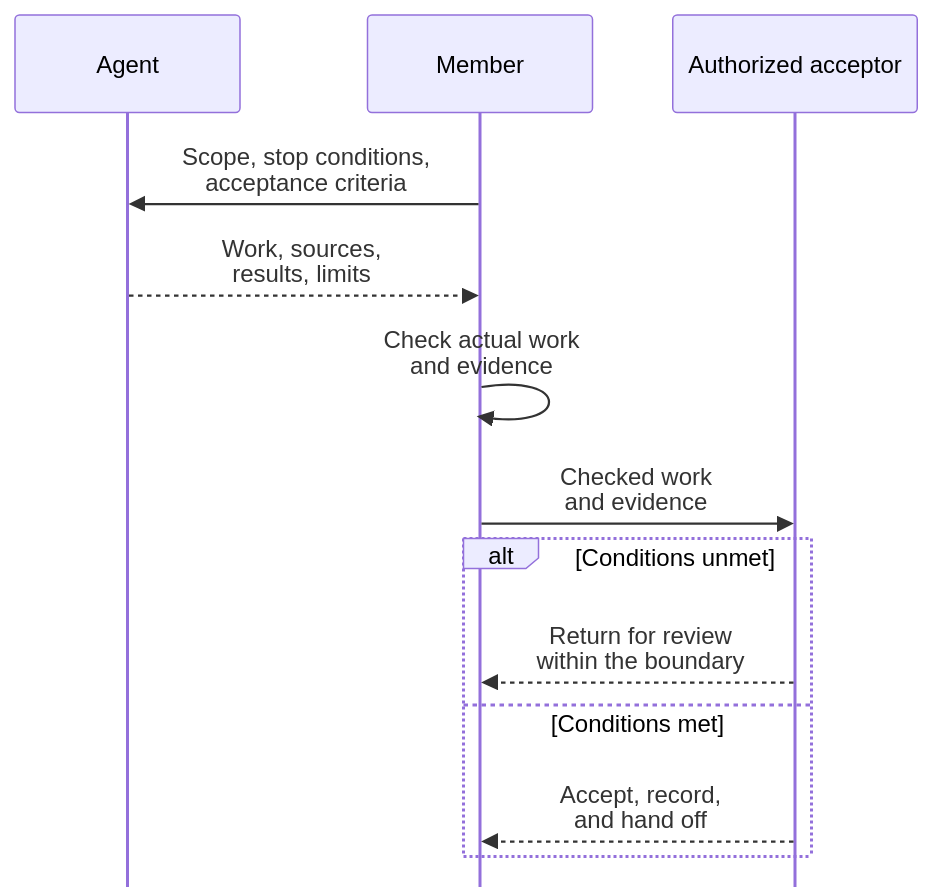
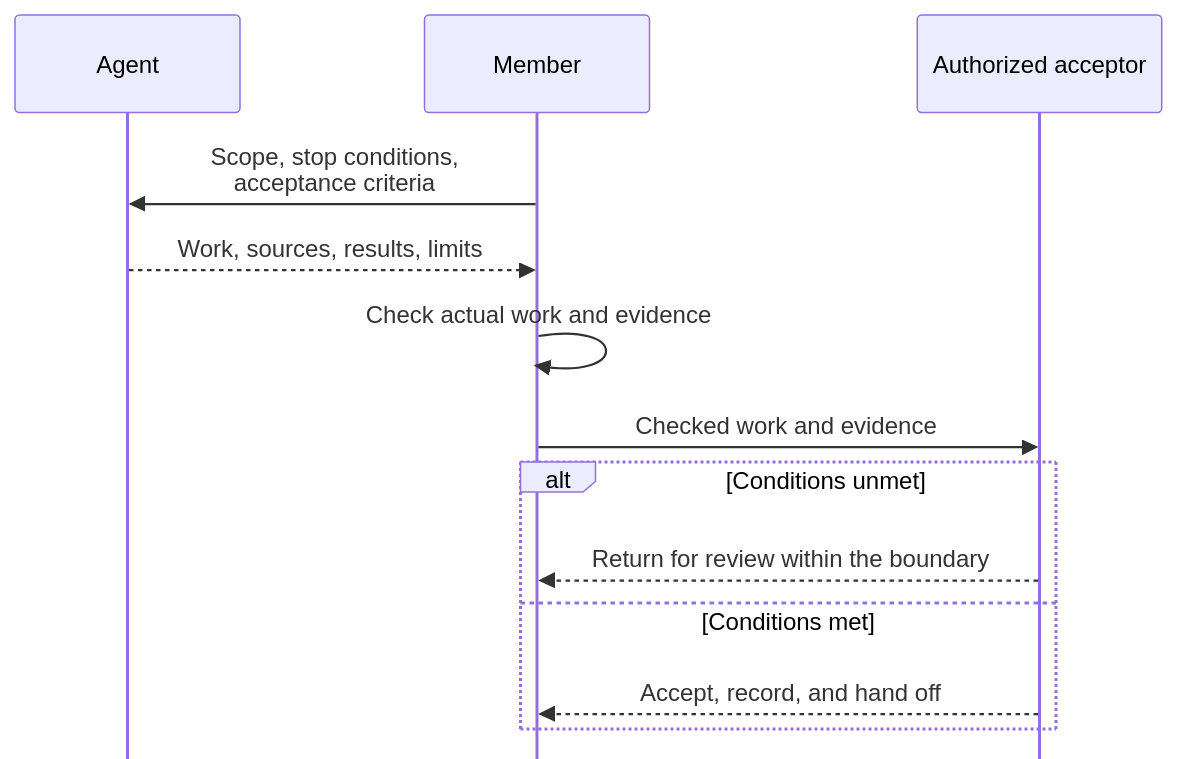
Before and after one commit to HengYangDS/data-department-work-guidelines: the diagram in docs/human-agent.md, drawn with Mermaid. The commit also changed 47 other files, not shown here.

````diff
--- a/docs/human-agent.md
+++ b/docs/human-agent.md
@@ -83,22 +83,22 @@
 ```mermaid
 ---
 config:
   sequence:
     mirrorActors: false
 ---
 sequenceDiagram
     accTitle: Delegation, evidence, and authorized acceptance
     accDescr: A member sets the delegation boundary. An Agent returns work and evidence. The member checks the actual work and evidence before submitting them to an authorized acceptor. If conditions are unmet, the work returns for review within the delegation boundary. If conditions are met, the acceptor accepts the work, records acceptance, and hands off the result. Participants represent roles, not necessarily different people. People retain authority and responsibility; acceptance never expands permission.
     participant Agent
     participant Member
     participant Acceptor as Authorized acceptor
     Member->>Agent: Scope, stop conditions,<br/>acceptance criteria
-    Agent-->>Member: Work, sources,<br/>results, limits
-    Member->>Member: Check actual work<br/>and evidence
-    Member->>Acceptor: Checked work<br/>and evidence
+    Agent-->>Member: Work, sources, results, limits
+    Member->>Member: Check actual work and evidence
+    Member->>Acceptor: Checked work and evidence
     alt Conditions unmet
-        Acceptor-->>Member: Return for review<br/>within the boundary
+        Acceptor-->>Member: Return for review within the boundary
     else Conditions met
-        Acceptor-->>Member: Accept, record,<br/>and hand off
+        Acceptor-->>Member: Accept, record, and hand off
     end
 ```
````
